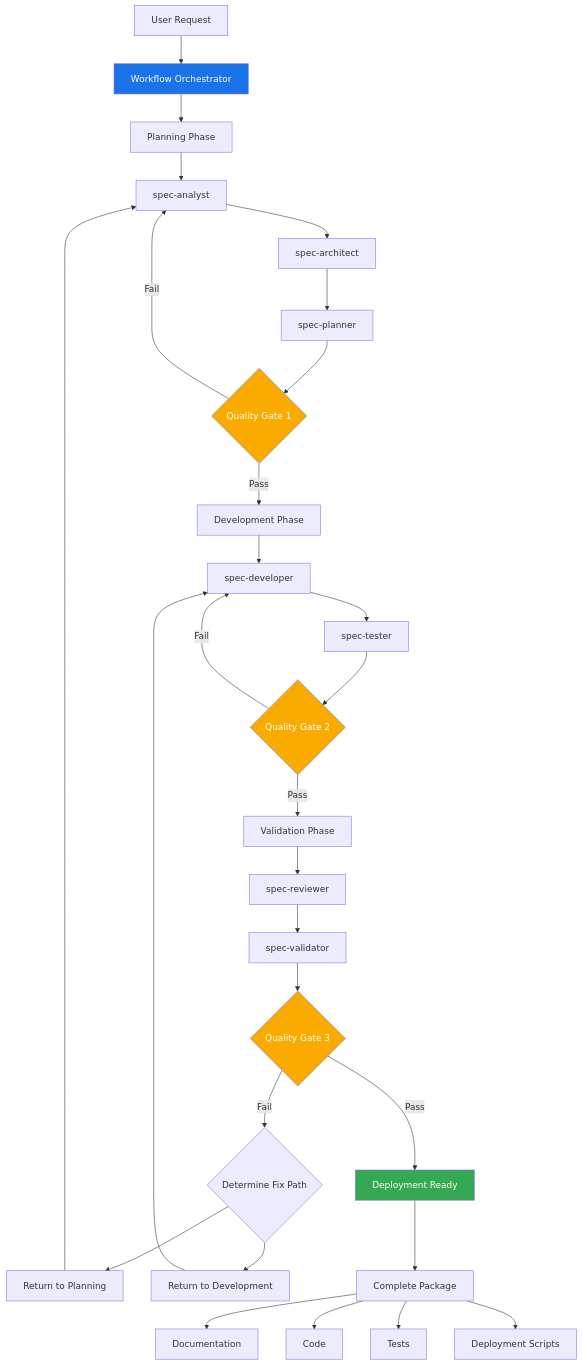
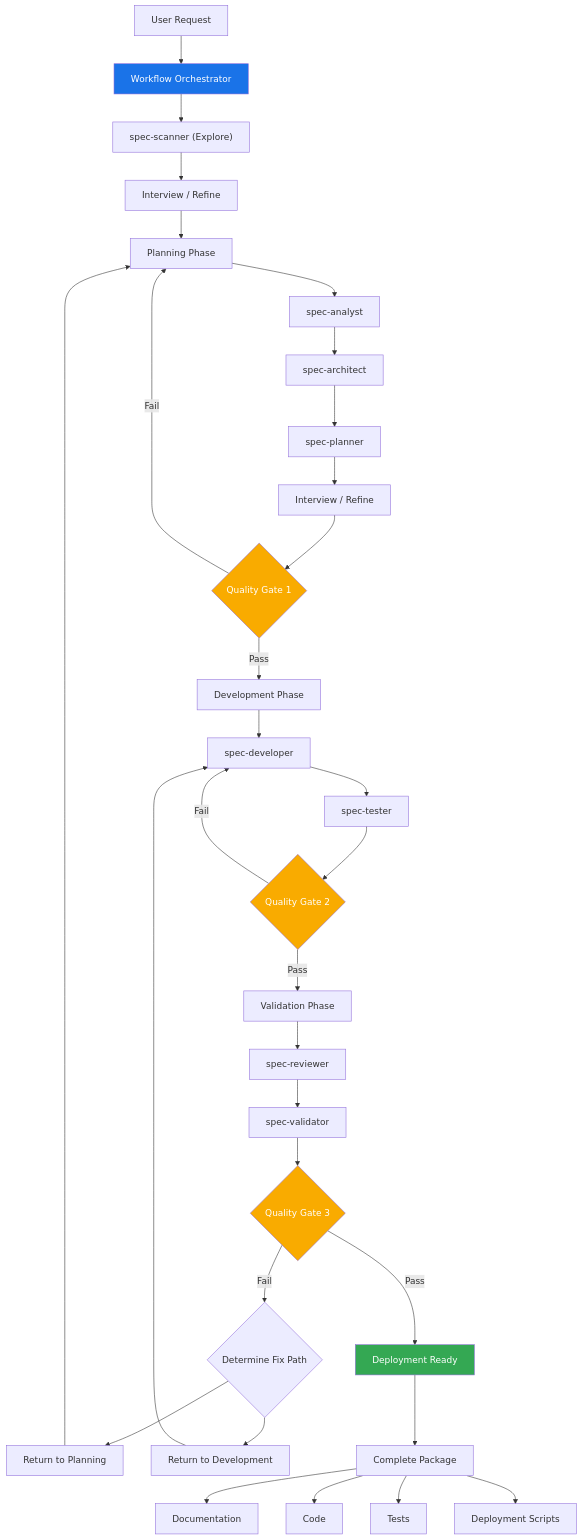
Before and after one commit to jpshook/claude-agent-workflow: the diagram in docs/spec-workflow-system.md, drawn with Mermaid. The commit also changed other lines of this file and 6 other files, not shown here.

````diff
--- a/docs/spec-workflow-system.md
+++ b/docs/spec-workflow-system.md
@@ -27,44 +27,47 @@
 ```mermaid
 graph TD
     A[User Request] --> B[Workflow Orchestrator]
-    B --> C[Planning Phase]
-    C --> D[spec-analyst]
-    D --> E[spec-architect]
-    E --> F[spec-planner]
+    B --> C["spec-scanner (Explore)"]
+    C --> D["Interview / Refine"]
+    D --> E["Planning Phase"]
+    E --> F[spec-analyst]
+    F --> G[spec-architect]
+    G --> H[spec-planner]
+    H --> I["Interview / Refine"]
     
-    F --> G{Quality Gate 1}
-    G -->|Pass| H[Development Phase]
-    G -->|Fail| D
+    I --> J{Quality Gate 1}
+    J -->|Fail| E
+    J -->|Pass| K[Development Phase]
     
-    H --> I[spec-developer]
-    I --> J[spec-tester]
+    K --> L[spec-developer]
+    L --> M[spec-tester]
     
-    J --> K{Quality Gate 2}
-    K -->|Pass| L[Validation Phase]
-    K -->|Fail| I
+    M --> N{Quality Gate 2}
+    N -->|Pass| O[Validation Phase]
+    N -->|Fail| L
     
-    L --> M[spec-reviewer]
-    M --> N[spec-validator]
+    O --> P[spec-reviewer]
+    P --> Q[spec-validator]
     
-    N --> O{Quality Gate 3}
-    O -->|Pass| P[Deployment Ready]
-    O -->|Fail| Q{Determine Fix Path}
+    Q --> R{Quality Gate 3}
+    R -->|Pass| S[Deployment Ready]
+    R -->|Fail| T{Determine Fix Path}
     
-    Q --> R[Return to Planning]
-    Q --> S[Return to Development]
+    T --> U[Return to Planning]
+    T --> V[Return to Development]
     
-    R --> D
-    S --> I
+    U --> E
+    V --> L
     
-    P --> T[Complete Package]
-    T --> U[Documentation]
-    T --> V[Code]
-    T --> W[Tests]
-    T --> X[Deployment Scripts]
+    S --> W[Complete Package]
+    W --> X[Documentation]
+    W --> Y[Code]
+    W --> Z[Tests]
+    W --> AA[Deployment Scripts]
     
     style B fill:#1a73e8,color:#fff
-    style G fill:#f9ab00,color:#fff
-    style K fill:#f9ab00,color:#fff
-    style O fill:#f9ab00,color:#fff
-    style P fill:#34a853,color:#fff
+    style J fill:#f9ab00,color:#fff
+    style N fill:#f9ab00,color:#fff
+    style R fill:#f9ab00,color:#fff
+    style S fill:#34a853,color:#fff
 ```
````
